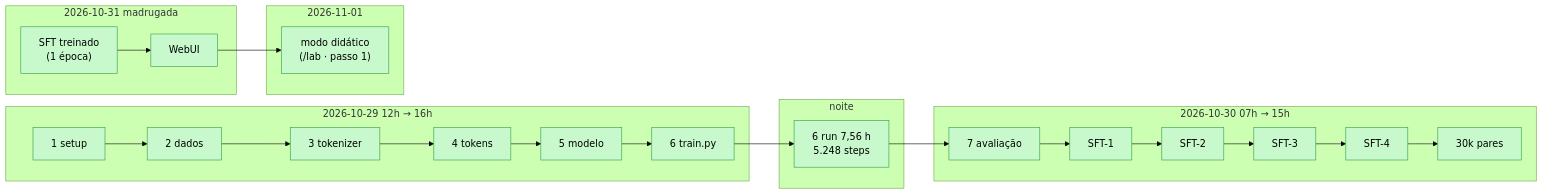
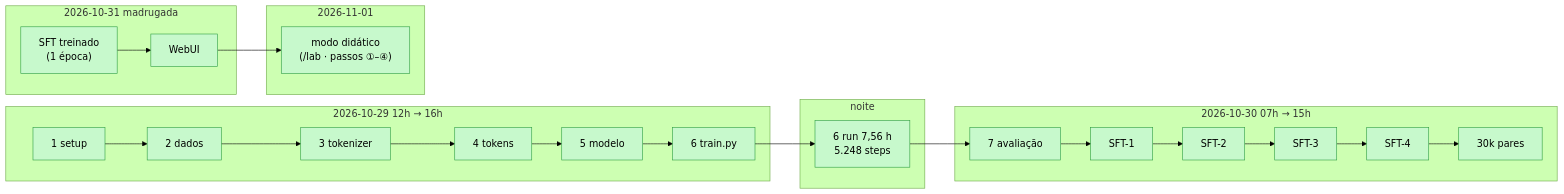
One commit to marcelogsouza/pingo changed the diagram in docs/00-projeto/Linha do tempo.md. Above: the diagram before and after it, drawn with Mermaid (forest theme). The commit also changed other lines of this file and 5 other files, not shown here.

````diff
--- a/docs/00-projeto/Linha do tempo.md
+++ b/docs/00-projeto/Linha do tempo.md
@@ -95,24 +98,24 @@
 ```mermaid
 flowchart LR
     subgraph "2026-10-29 12h → 16h"
         p1["1 setup"] --> p2["2 dados"] --> p3["3 tokenizer"] --> p4["4 tokens"] --> p5["5 modelo"] --> p6a["6 train.py"]
     end
     subgraph "noite"
         p6b["6 run 7,56 h<br/>5.248 steps"]
     end
     subgraph "2026-10-30 07h → 15h"
         p7["7 avaliação"] --> sft1["SFT-1"] --> sft2["SFT-2"] --> sft3["SFT-3"] --> sft4["SFT-4"] --> ds["30k pares"]
     end
     subgraph "2026-10-31 madrugada"
         sft5["SFT treinado<br/>(1 época)"] --> wui["WebUI"]
     end
     subgraph "2026-11-01"
-        lab["modo didático<br/>(/lab · passo 1)"]
+        lab["modo didático<br/>(/lab · passos ①–④)"]
     end
     p6a --> p6b --> p7
     wui --> lab
 
     classDef feito fill:#c7f9cc,stroke:#2f9e44,color:#000
     classDef rodando fill:#fff3bf,stroke:#f08c00,color:#000
     class p1,p2,p3,p4,p5,p6a,p6b,p7,sft1,sft2,sft3,sft4,ds,sft5,wui,lab feito
 ```
````
